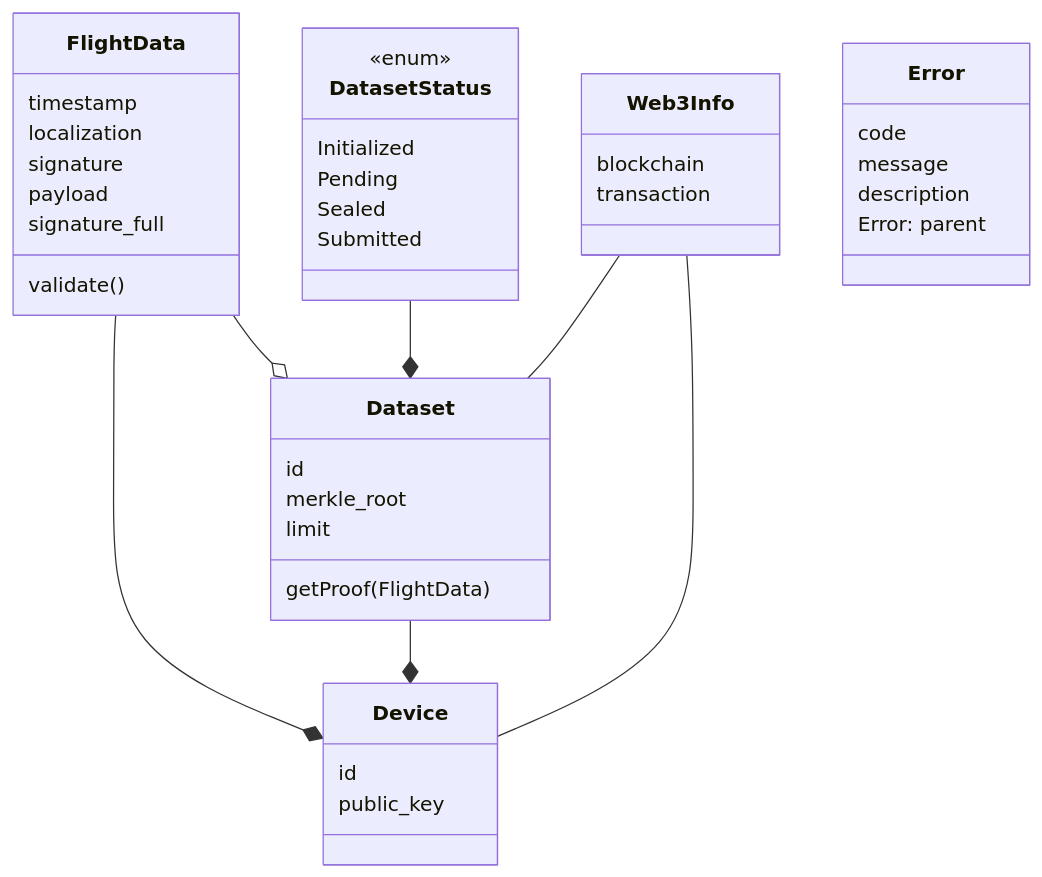
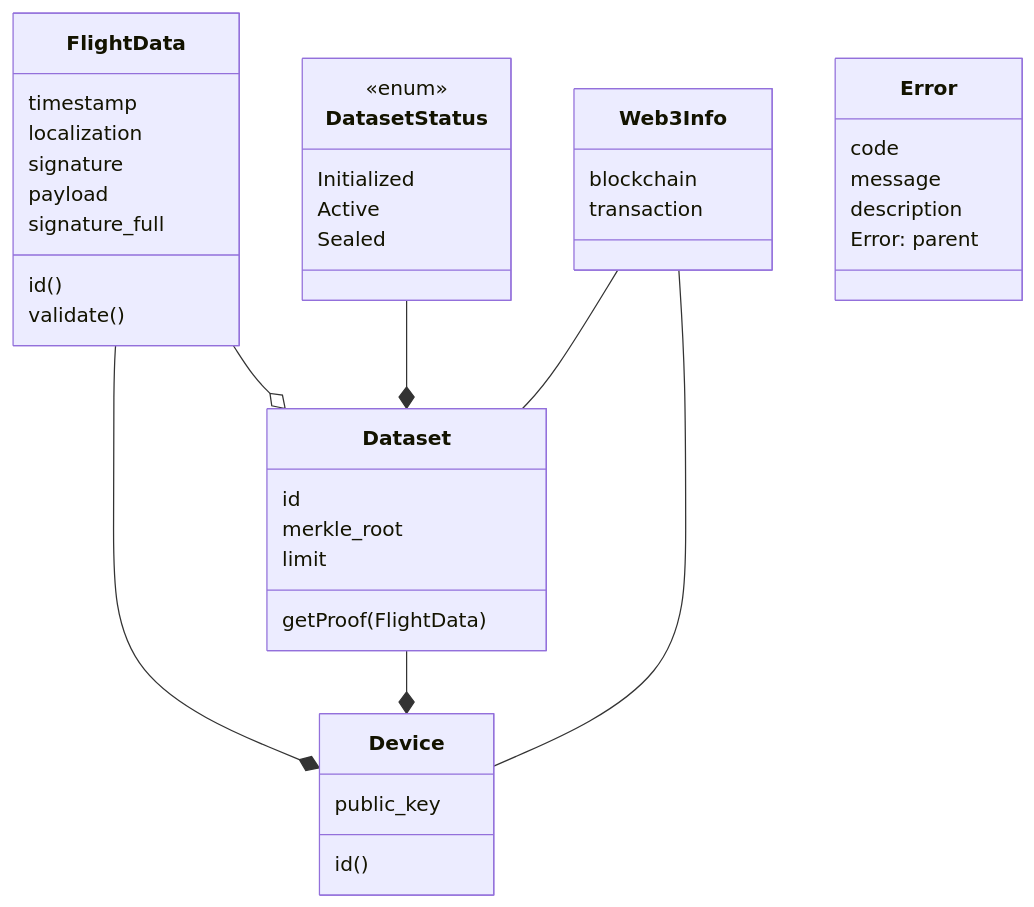
Before and after one commit to russanto/bitacora: the diagram in README.md, drawn with Mermaid. The commit also changed other lines of this file, not shown here.

````diff
--- a/README.md
+++ b/README.md
@@ -7,50 +7,50 @@
 ```mermaid
 classDiagram
     class FlightData {
         timestamp
         localization
         signature
         payload
         signature_full
+        id()
         validate()
     }
 
     class Device {
-        id
         public_key
+        id()
     }
 
     class Dataset {
         id
         merkle_root
         limit
         getProof(FlightData)
     }
 
     class DatasetStatus {
         <<enum>>
         Initialized
-        Pending
+        Active
         Sealed
-        Submitted
     }
 
     class Web3Info {
         blockchain
         transaction
     }
 
     class Error {
         code
         message
         description
         Error: parent
     }
 
     FlightData --o Dataset
     FlightData --* Device
     Dataset --* Device
     DatasetStatus --* Dataset
     Web3Info -- Device
     Web3Info -- Dataset
 ```
````
